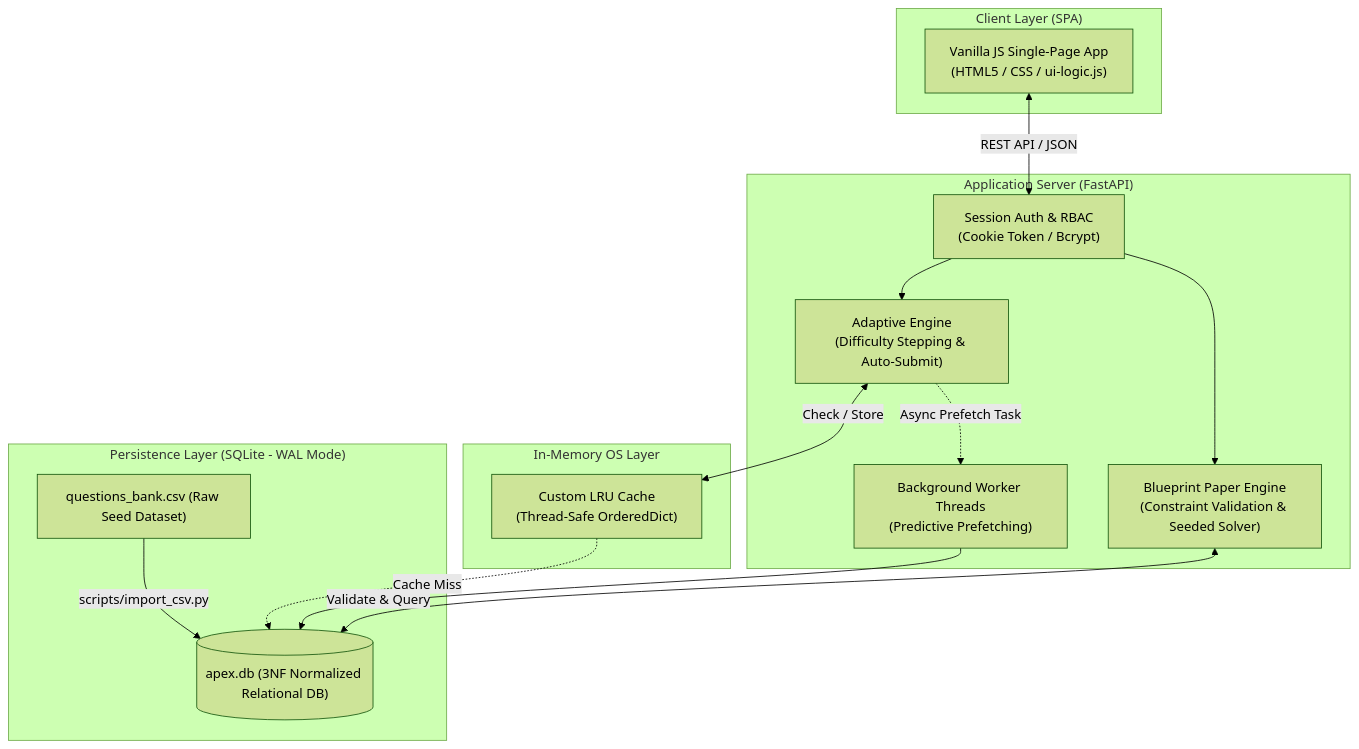
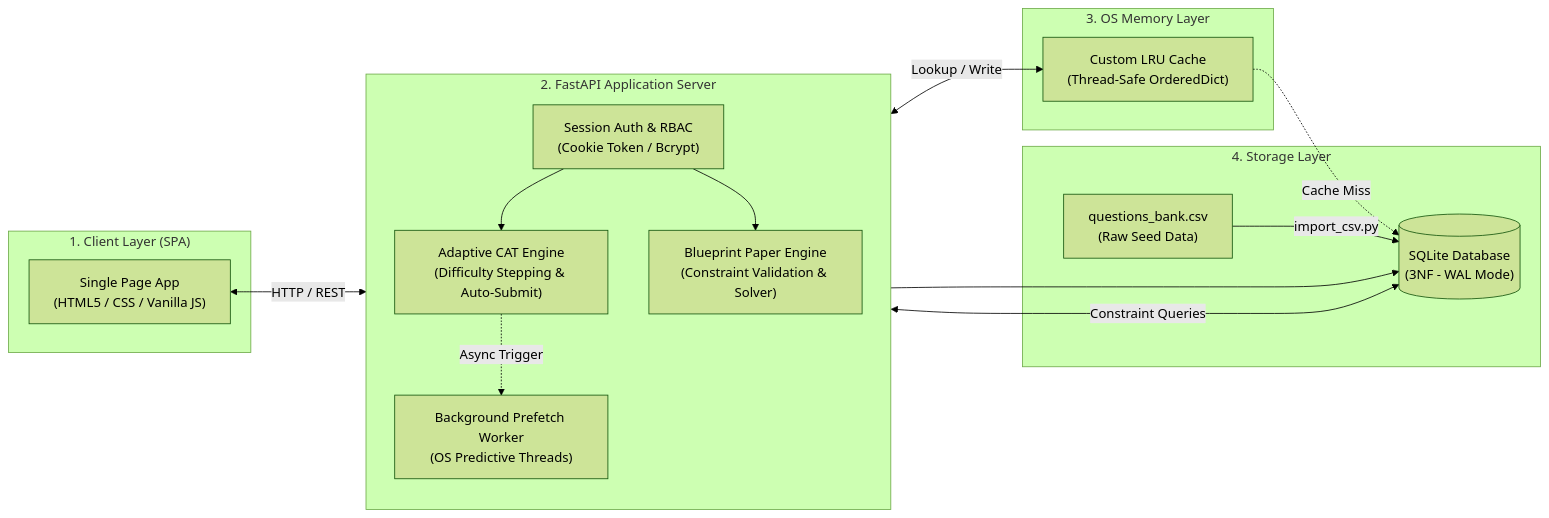
Before and after one commit to khushi-sharma2506/APEX: the first of 3 diagrams in README.md, drawn with Mermaid (forest theme). The commit also changed other lines of this file, not shown here.

Commit message:
docs: add horizontal architecture diagram and detailed relational schema diagram to README.md

````diff
--- a/README.md
+++ b/README.md
@@ -21,32 +21,33 @@
 ```mermaid
-flowchart TD
-    subgraph ClientLayer["Client Layer (SPA)"]
-        UI["Vanilla JS Single-Page App\n(HTML5 / CSS / ui-logic.js)"]
+flowchart LR
+    subgraph Client["1. Client Layer (SPA)"]
+        UI["Single Page App\n(HTML5 / CSS / Vanilla JS)"]
     end
 
-    subgraph ServerLayer["Application Server (FastAPI)"]
+    subgraph Server["2. FastAPI Application Server"]
+        direction TB
         Auth["Session Auth & RBAC\n(Cookie Token / Bcrypt)"]
-        EngineCAT["Adaptive Engine\n(Difficulty Stepping & Auto-Submit)"]
-        EnginePaper["Blueprint Paper Engine\n(Constraint Validation & Seeded Solver)"]
-        WorkerPool["Background Worker Threads\n(Predictive Prefetching)"]
+        CAT["Adaptive CAT Engine\n(Difficulty Stepping & Auto-Submit)"]
+        Blueprint["Blueprint Paper Engine\n(Constraint Validation & Solver)"]
+        Prefetch["Background Prefetch Worker\n(OS Predictive Threads)"]
     end
 
-    subgraph CacheLayer["In-Memory OS Layer"]
+    subgraph Memory["3. OS Memory Layer"]
         LRU["Custom LRU Cache\n(Thread-Safe OrderedDict)"]
     end
 
-    subgraph DataLayer["Persistence Layer (SQLite - WAL Mode)"]
-        DB[("apex.db (3NF Normalized Relational DB)")]
-        CSV["questions_bank.csv (Raw Seed Dataset)"]
+    subgraph Persistence["4. Storage Layer"]
+        DB[("SQLite Database\n(3NF - WAL Mode)")]
+        CSV["questions_bank.csv\n(Raw Seed Data)"]
     end
 
-    UI <-->|REST API / JSON| Auth
-    Auth --> EngineCAT
-    Auth --> EnginePaper
-    EngineCAT <-->|Check / Store| LRU
-    EngineCAT -.->|Async Prefetch Task| WorkerPool
-    WorkerPool --> DB
+    UI <-->|HTTP / REST| Auth
+    Auth --> CAT
+    Auth --> Blueprint
+    CAT <-->|Lookup / Write| LRU
+    CAT -.->|Async Trigger| Prefetch
+    Prefetch --> DB
     LRU -.->|Cache Miss| DB
-    EnginePaper <-->|Validate & Query| DB
-    CSV -->|scripts/import_csv.py| DB
+    Blueprint <-->|Constraint Queries| DB
+    CSV -->|import_csv.py| DB
 ```
````
